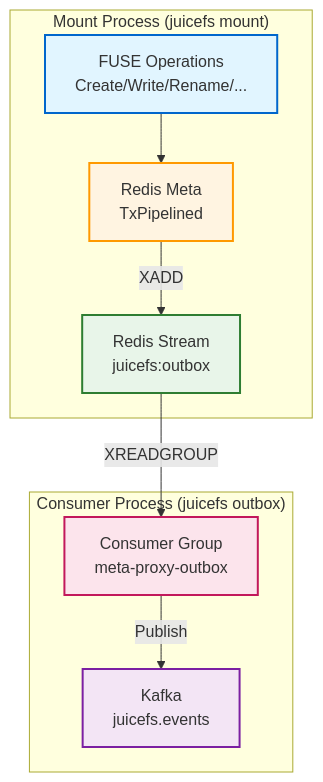
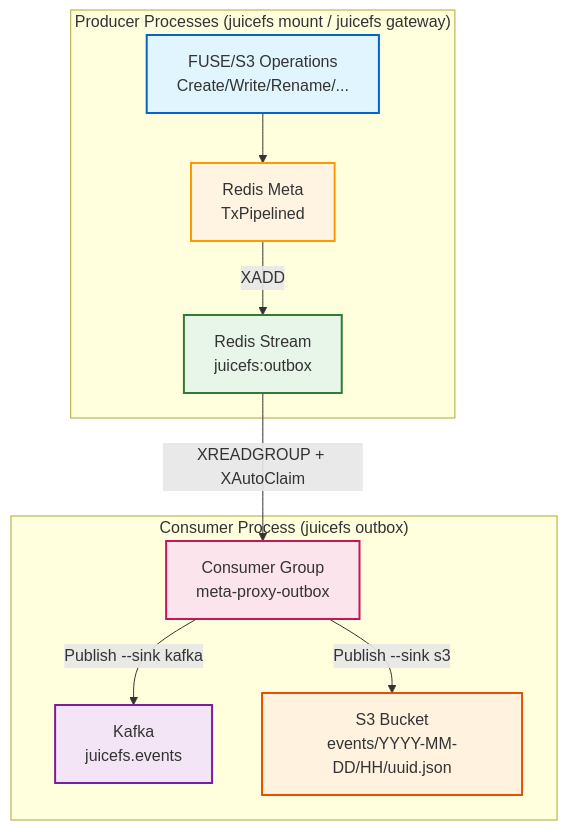
Before and after one commit to prOOrc/juicefs: the diagram in docs/en/deployment/outbox.md, drawn with Mermaid. The commit also changed other lines of this file and 18 other files, not shown here.

````diff
--- a/docs/en/deployment/outbox.md
+++ b/docs/en/deployment/outbox.md
@@ -67,18 +122,20 @@
 ```mermaid
 flowchart TD
-    subgraph Mount ["Mount Process (juicefs mount)"]
-        A[FUSE Operations<br/>Create/Write/Rename/...] --> B[Redis Meta<br/>TxPipelined]
+    subgraph Producers ["Producer Processes (juicefs mount / juicefs gateway)"]
+        A[FUSE/S3 Operations<br/>Create/Write/Rename/...] --> B[Redis Meta<br/>TxPipelined]
         B -->|XADD| C[Redis Stream<br/>juicefs:outbox]
     end
     
     subgraph Consumer ["Consumer Process (juicefs outbox)"]
-        C -->|XREADGROUP| D[Consumer Group<br/>meta-proxy-outbox]
-        D -->|Publish| E[Kafka<br/>juicefs.events]
+        C -->|XREADGROUP + XAutoClaim| D[Consumer Group<br/>meta-proxy-outbox]
+        D -->|Publish --sink kafka| E[Kafka<br/>juicefs.events]
+        D -->|Publish --sink s3| F[S3 Bucket<br/>events/YYYY-MM-DD/HH/uuid.json]
     end
     
     style A fill:#e1f5ff,stroke:#0066cc,stroke-width:2px
     style B fill:#fff4e1,stroke:#ff9900,stroke-width:2px
     style C fill:#e8f5e9,stroke:#2e7d32,stroke-width:2px
     style D fill:#fce4ec,stroke:#c2185b,stroke-width:2px
     style E fill:#f3e5f5,stroke:#7b1fa2,stroke-width:2px
+    style F fill:#fff3e0,stroke:#e65100,stroke-width:2px
 ```
````
